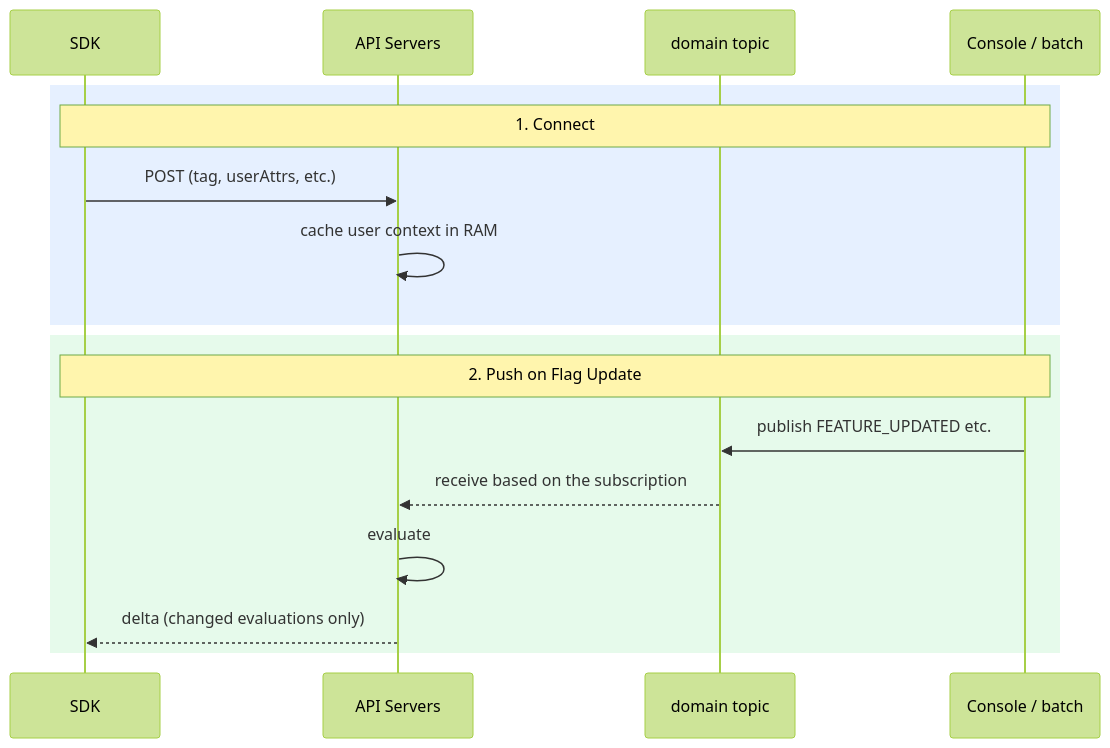
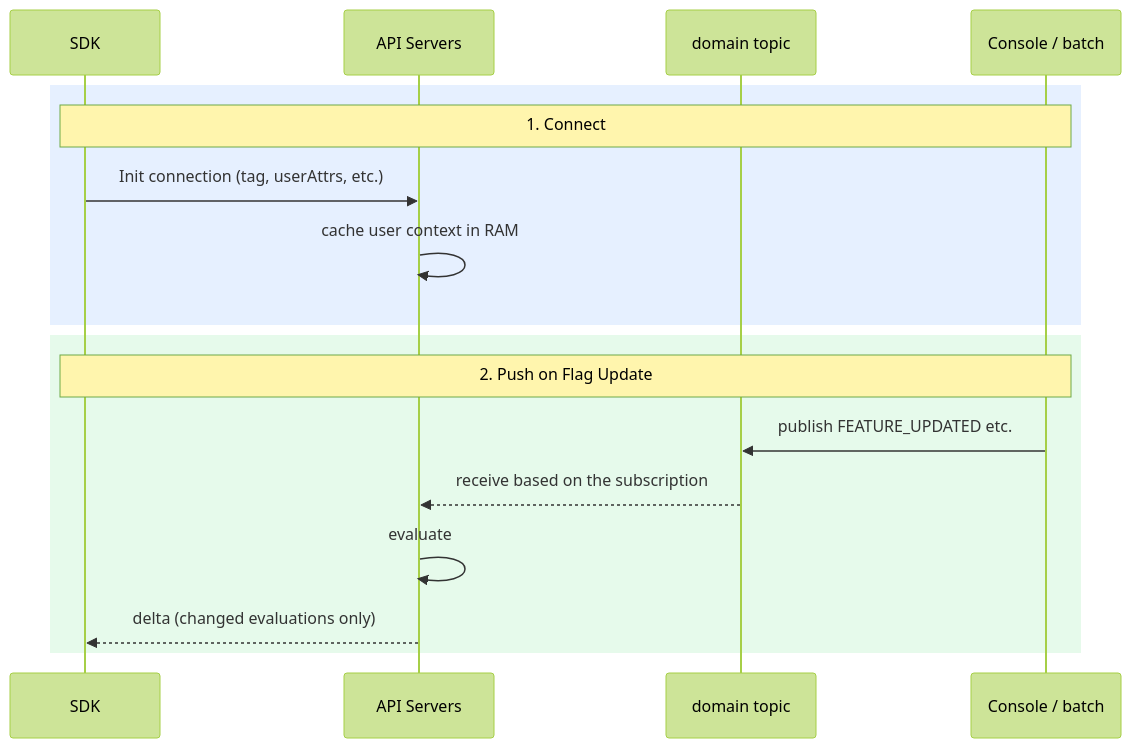
The diagram in docs/rfcs/0046-realtime-sync.md (bucketeer-io/bucketeer), drawn with Mermaid (forest theme) before and after one commit. The commit also changed other lines of this file, not shown here.

````diff
--- a/docs/rfcs/0046-realtime-sync.md
+++ b/docs/rfcs/0046-realtime-sync.md
@@ -41,21 +41,21 @@
 ```mermaid
 sequenceDiagram
     participant SDK
     participant Pod as API Servers
     participant Dom as domain topic
     participant API as Console / batch
 
     rect rgb(230, 240, 255)
     Note over SDK,API: 1. Connect
-    SDK->>Pod: POST (tag, userAttrs, etc.)
+    SDK->>Pod: Init connection (tag, userAttrs, etc.)
     Pod->>Pod: cache user context in RAM
     end
 
     rect rgb(230, 250, 235)
     Note over SDK,API: 2. Push on Flag Update
     API->>Dom: publish FEATURE_UPDATED etc.
     Dom-->>Pod: receive based on the subscription
     Pod->>Pod: evaluate
     Pod-->>SDK: delta (changed evaluations only)
     end
 ```
````
